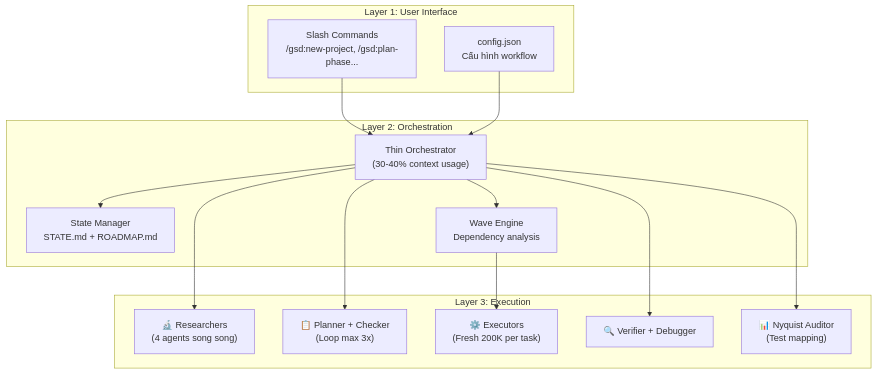
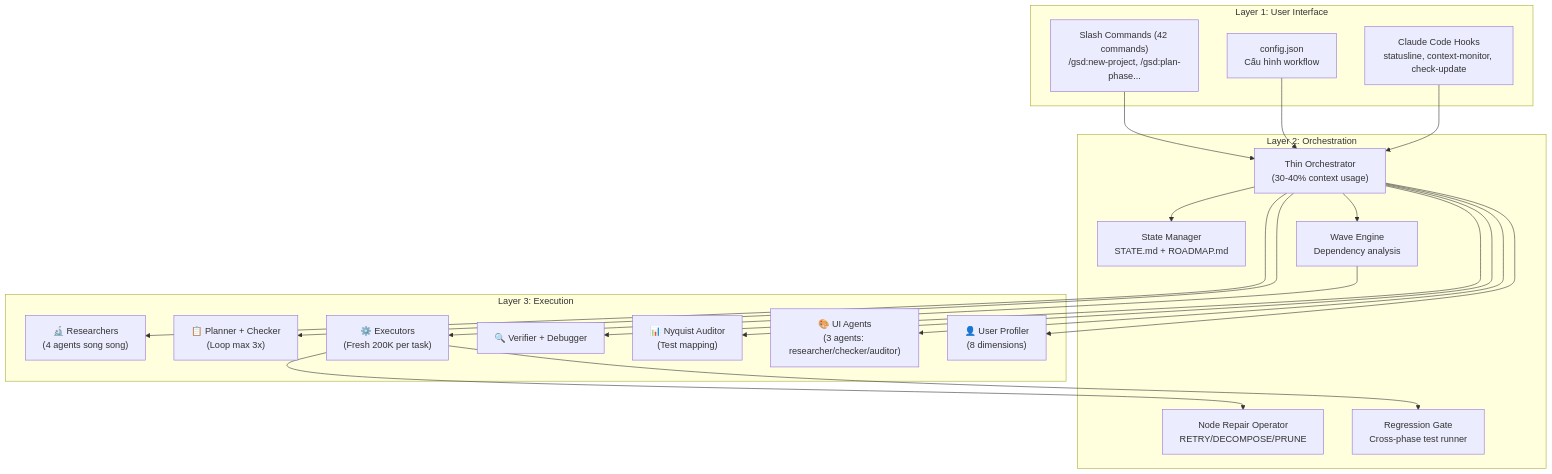
One commit to thientranhung/agentic-coding-lab changed the first of 7 diagrams in vn/get-shit-done/1. Architecture and Logic.md. Above: the diagram before and after it, drawn with Mermaid. The commit also changed other lines of this file and 14 other files, not shown here.

````diff
--- a/vn/get-shit-done/1. Architecture and Logic.md
+++ b/vn/get-shit-done/1. Architecture and Logic.md
@@ -32,31 +12,41 @@
 ```mermaid
 graph TB
     subgraph L1["Layer 1: User Interface"]
-        CMD["Slash Commands<br/>/gsd:new-project, /gsd:plan-phase..."]
+        CMD["Slash Commands (42 commands)<br/>/gsd:new-project, /gsd:plan-phase..."]
         CONFIG["config.json<br/>Cấu hình workflow"]
+        HOOKS["Claude Code Hooks<br/>statusline, context-monitor, check-update"]
     end
 
     subgraph L2["Layer 2: Orchestration"]
         ORCH["Thin Orchestrator<br/>(30-40% context usage)"]
         STATE_MGR["State Manager<br/>STATE.md + ROADMAP.md"]
         WAVE_ENG["Wave Engine<br/>Dependency analysis"]
+        NODE_REP["Node Repair Operator<br/>RETRY/DECOMPOSE/PRUNE"]
+        REGR["Regression Gate<br/>Cross-phase test runner"]
     end
 
     subgraph L3["Layer 3: Execution"]
         RES["🔬 Researchers<br/>(4 agents song song)"]
         PLAN["📋 Planner + Checker<br/>(Loop max 3x)"]
         EXEC["⚙️ Executors<br/>(Fresh 200K per task)"]
         VER["🔍 Verifier + Debugger"]
         NYQUIST["📊 Nyquist Auditor<br/>(Test mapping)"]
+        UI_AG["🎨 UI Agents<br/>(3 agents: researcher/checker/auditor)"]
+        PROF["👤 User Profiler<br/>(8 dimensions)"]
     end
 
     CMD --> ORCH
     CONFIG --> ORCH
+    HOOKS --> ORCH
     ORCH --> STATE_MGR
     ORCH --> WAVE_ENG
     ORCH --> RES
     ORCH --> PLAN
     WAVE_ENG --> EXEC
+    EXEC --> NODE_REP
+    EXEC --> REGR
     ORCH --> VER
     ORCH --> NYQUIST
+    ORCH --> UI_AG
+    ORCH --> PROF
 ```
````
